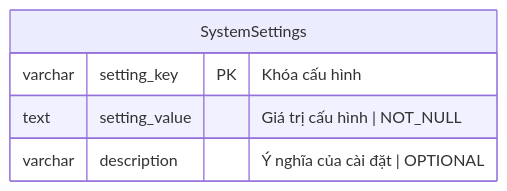
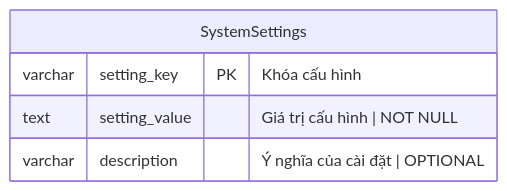
Diagram 12 of 12 in sources/storage/business-analysis/membership-hub/requirements.md (hainguyen81/enterprise-it-ai), drawn with Mermaid before and after one commit. The commit also changed other lines of this file and 7 other files, not shown here.

````diff
--- a/sources/storage/business-analysis/membership-hub/requirements.md
+++ b/sources/storage/business-analysis/membership-hub/requirements.md
@@ -575,8 +632,8 @@
 ```mermaid
 erDiagram
     SystemSettings {
         varchar setting_key PK "Khóa cấu hình"
-        text setting_value "Giá trị cấu hình | NOT_NULL"
+        text setting_value "Giá trị cấu hình | NOT NULL"
         varchar description "Ý nghĩa của cài đặt | OPTIONAL"
     }
 ```
````
